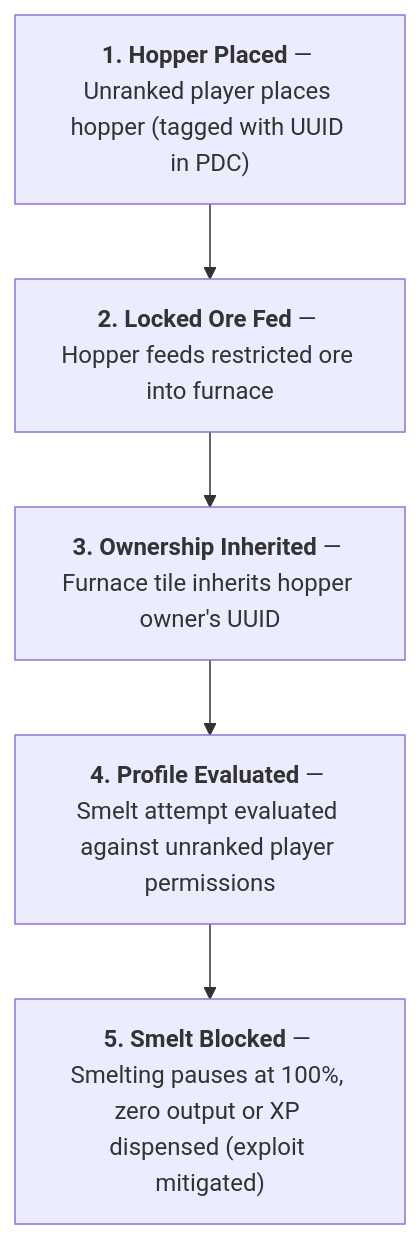
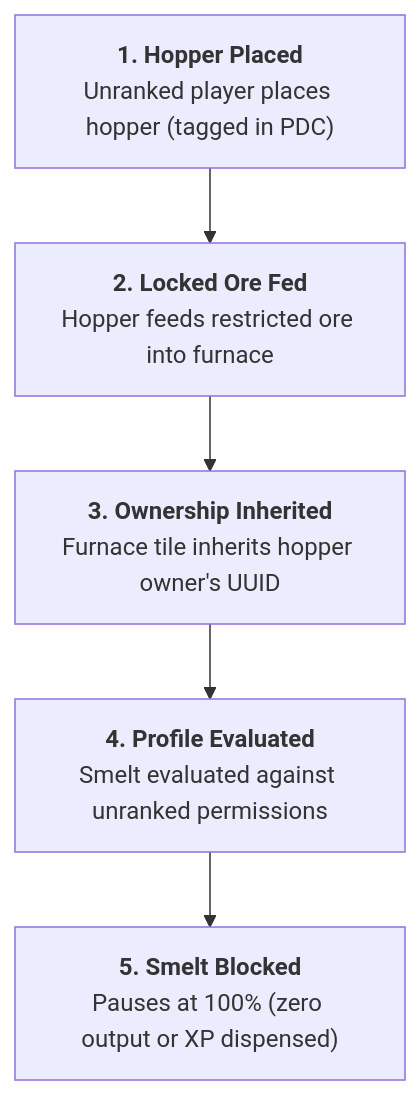
Before and after one commit to XZtotal/CraftingBlueprints-Wiki: the second of 2 diagrams in docs/mechanics/smelting-and-furnaces.md, drawn with Mermaid. The commit also changed other lines of this file and 24 other files, not shown here.

````diff
--- a/docs/mechanics/smelting-and-furnaces.md
+++ b/docs/mechanics/smelting-and-furnaces.md
@@ -100,8 +106,13 @@
 ```mermaid
 flowchart TD
-    Step1["<b>1. Hopper Placed</b> — Unranked player places hopper (tagged with UUID in PDC)"]
-    --> Step2["<b>2. Locked Ore Fed</b> — Hopper feeds restricted ore into furnace"]
-    --> Step3["<b>3. Ownership Inherited</b> — Furnace tile inherits hopper owner's UUID"]
-    --> Step4["<b>4. Profile Evaluated</b> — Smelt attempt evaluated against unranked player permissions"]
-    --> Step5["<b>5. Smelt Blocked</b> — Smelting pauses at 100%, zero output or XP dispensed (exploit mitigated)"]
+    Step1["<b>1. Hopper Placed</b><br/>Unranked player places hopper (tagged in PDC)"]
+    Step2["<b>2. Locked Ore Fed</b><br/>Hopper feeds restricted ore into furnace"]
+    Step3["<b>3. Ownership Inherited</b><br/>Furnace tile inherits hopper owner's UUID"]
+    Step4["<b>4. Profile Evaluated</b><br/>Smelt evaluated against unranked permissions"]
+    Step5["<b>5. Smelt Blocked</b><br/>Pauses at 100% (zero output or XP dispensed)"]
+
+    Step1 --> Step2
+    Step2 --> Step3
+    Step3 --> Step4
+    Step4 --> Step5
 ```
````
